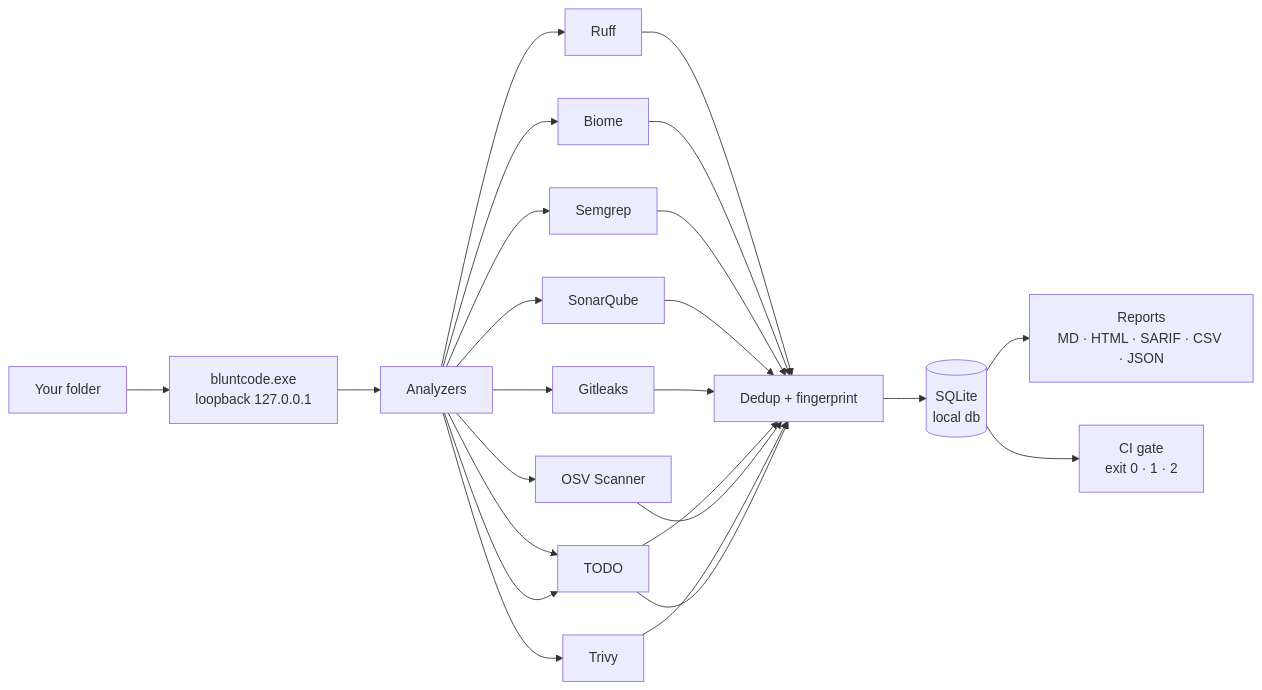
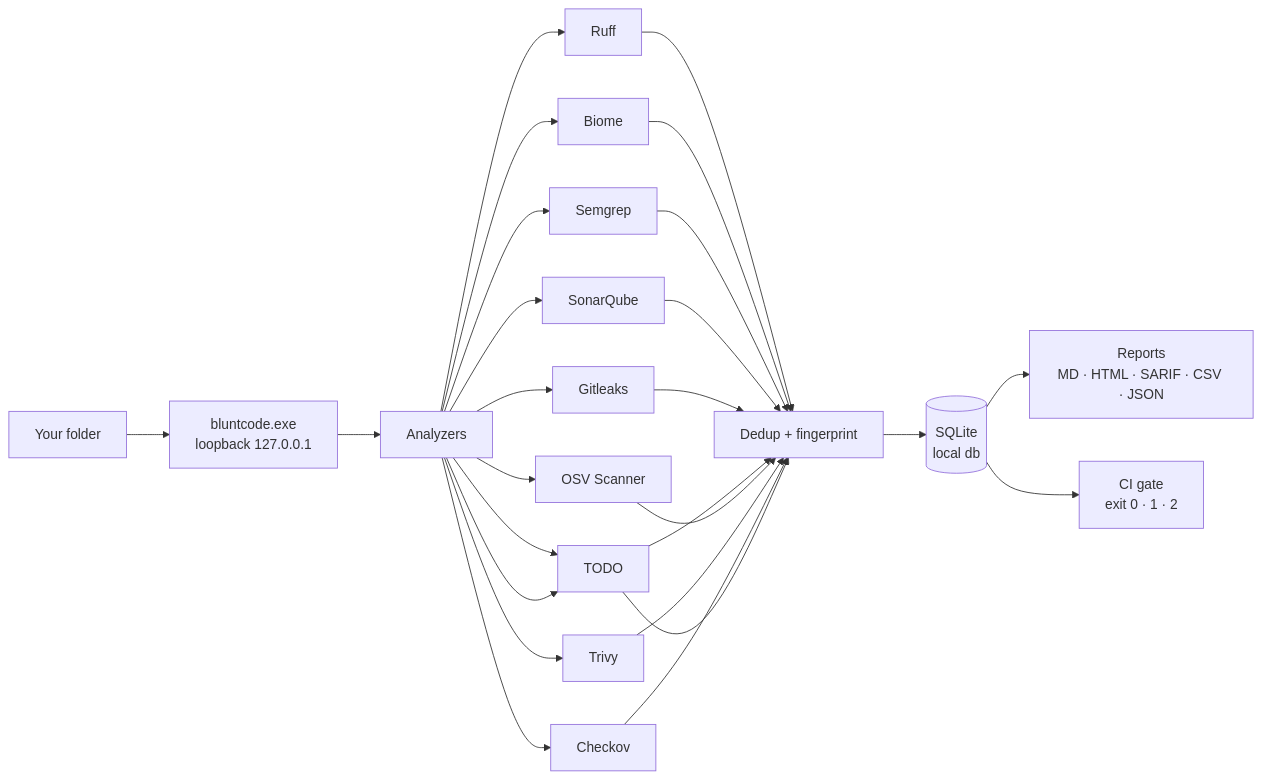
One commit to sanketpatel32/Blunt-code changed the diagram in README.md. Above: the diagram before and after it, drawn with Mermaid. The commit also changed other lines of this file and 21 other files, not shown here.

````diff
--- a/README.md
+++ b/README.md
@@ -40,26 +40,28 @@
 ```mermaid
 flowchart LR
     A["Your folder"] --> B["bluntcode.exe<br>loopback 127.0.0.1"]
     B --> C["Analyzers"]
     C --> D1["Ruff"]
     C --> D2["Biome"]
     C --> D3["Semgrep"]
     C --> D4["SonarQube"]
     C --> D5["Gitleaks"]
     C --> D6["Secrets"]
     C --> D7["OSV Scanner"]
     C --> D8["Trivy"]
+    C --> D9["Checkov"]
     C --> D6["TODO"]
     D1 --> E["Dedup + fingerprint"]
     D2 --> E
     D3 --> E
     D4 --> E
     D5 --> E
     D6 --> E
     D7 --> E
     D8 --> E
+    D9 --> E
     D6 --> E
     E --> F[("SQLite<br>local db")]
     F --> G["Reports<br>MD · HTML · SARIF · CSV · JSON"]
     F --> H["CI gate<br>exit 0 · 1 · 2"]
 ```
````
